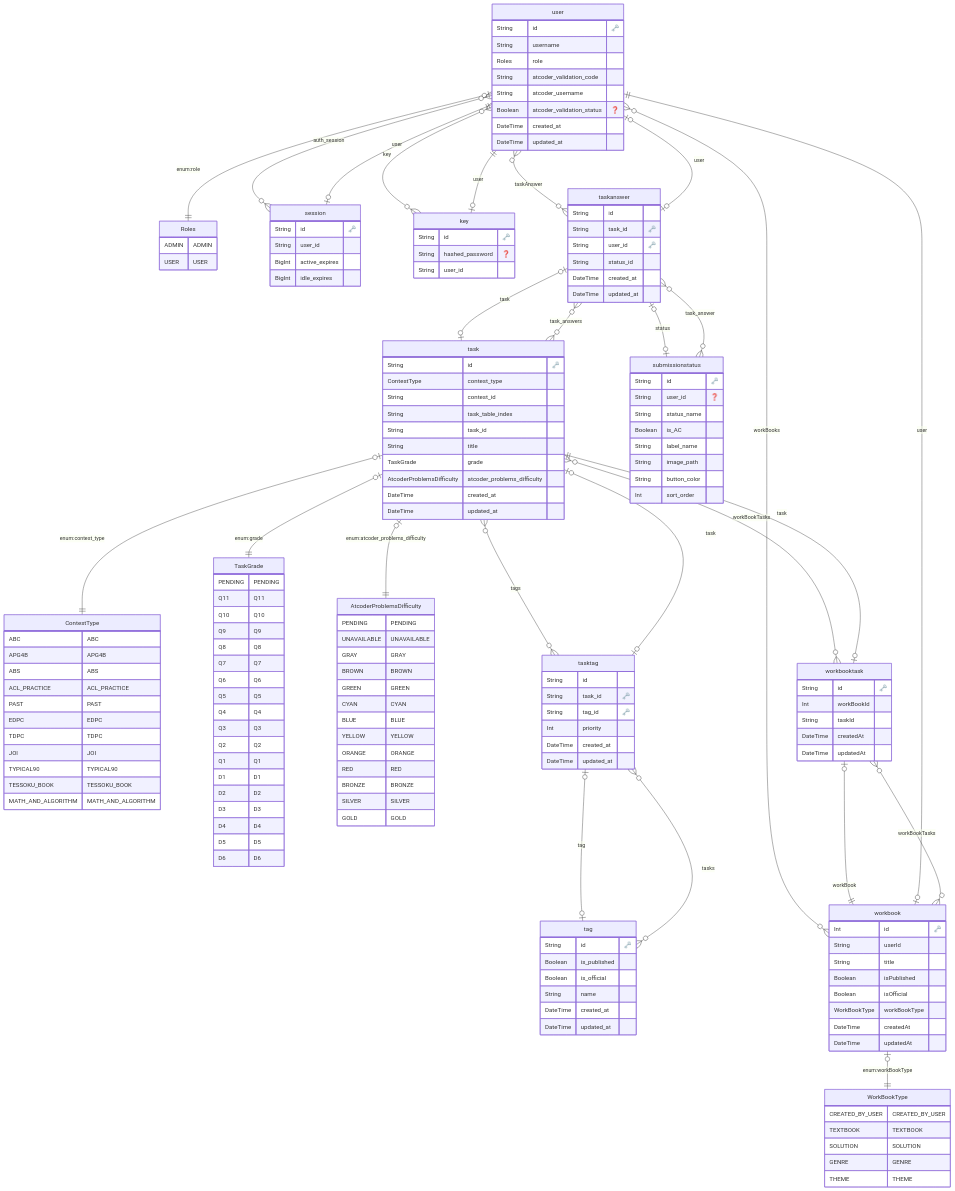
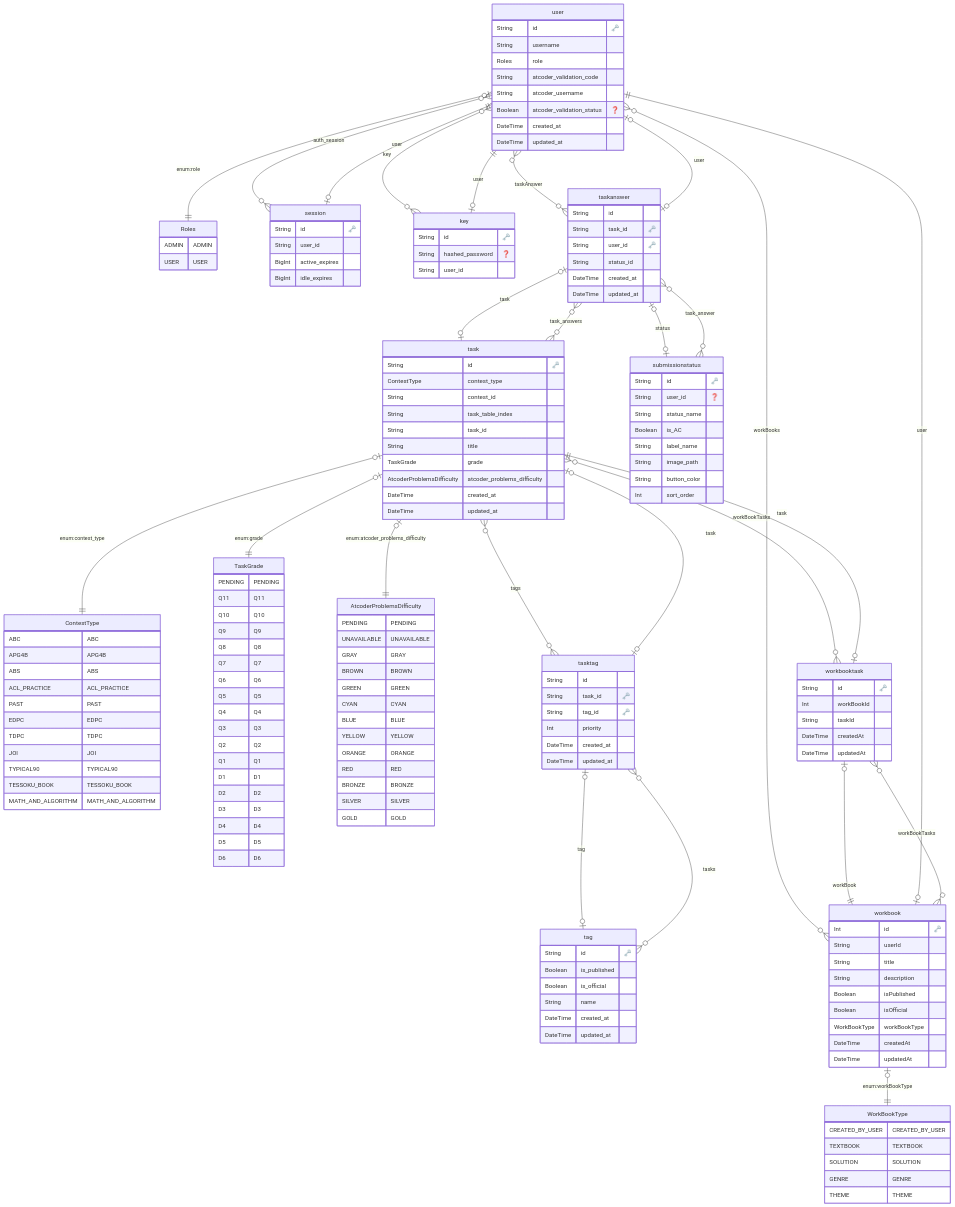
One commit to AtCoder-NoviSteps/AtCoderNoviSteps changed the diagram in prisma/ERD.md. Above: the diagram before and after it, drawn with Mermaid. The commit also changed 8 other files, not shown here.

```diff
--- a/prisma/ERD.md
+++ b/prisma/ERD.md
@@ -160,6 +160,7 @@
     Int id "🗝️"
     String userId 
     String title 
+    String description 
     Boolean isPublished 
     Boolean isOfficial 
     WorkBookType workBookType 
```
